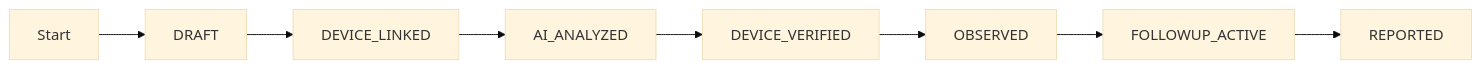
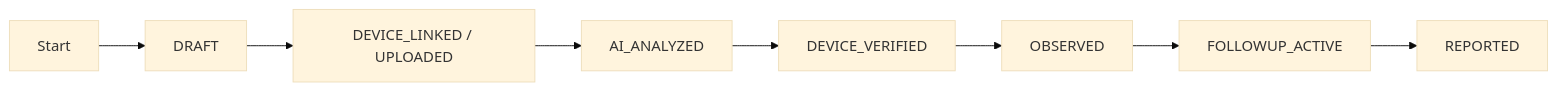
Before and after one commit to Hnzsama/supervisi_sekolah: the second of 2 diagrams in docs/03-alur-kerja-bisnis.md, drawn with Mermaid (base theme). The commit also changed other lines of this file and 13 other files, not shown here.

````diff
--- a/docs/03-alur-kerja-bisnis.md
+++ b/docs/03-alur-kerja-bisnis.md
@@ -69,10 +73,10 @@
 ```mermaid
 flowchart LR
     Init["Start"] --> DRAFT["DRAFT"]
-    DRAFT --> DEVICE_LINKED["DEVICE_LINKED"]
+    DRAFT --> DEVICE_LINKED["DEVICE_LINKED / UPLOADED"]
     DEVICE_LINKED --> AI_ANALYZED["AI_ANALYZED"]
     AI_ANALYZED --> DEVICE_VERIFIED["DEVICE_VERIFIED"]
     DEVICE_VERIFIED --> OBSERVED["OBSERVED"]
     OBSERVED --> FOLLOWUP_ACTIVE["FOLLOWUP_ACTIVE"]
     FOLLOWUP_ACTIVE --> REPORTED["REPORTED"]
 ```
````
